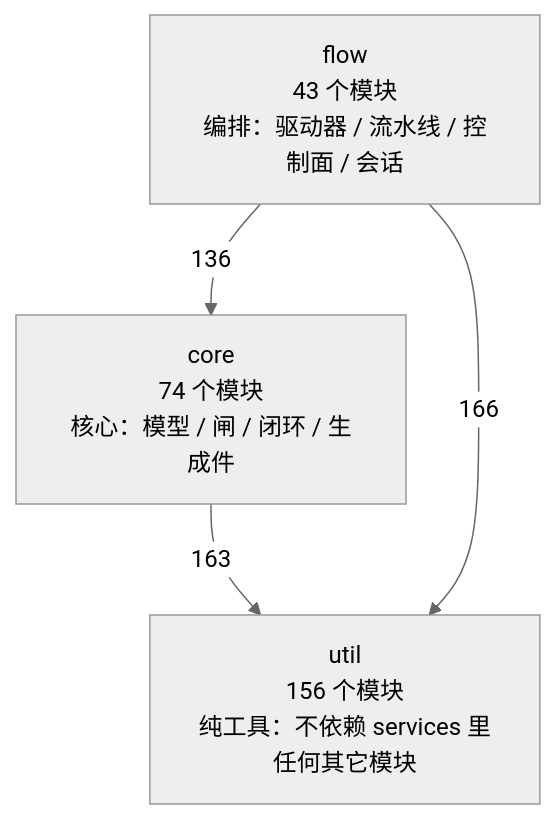
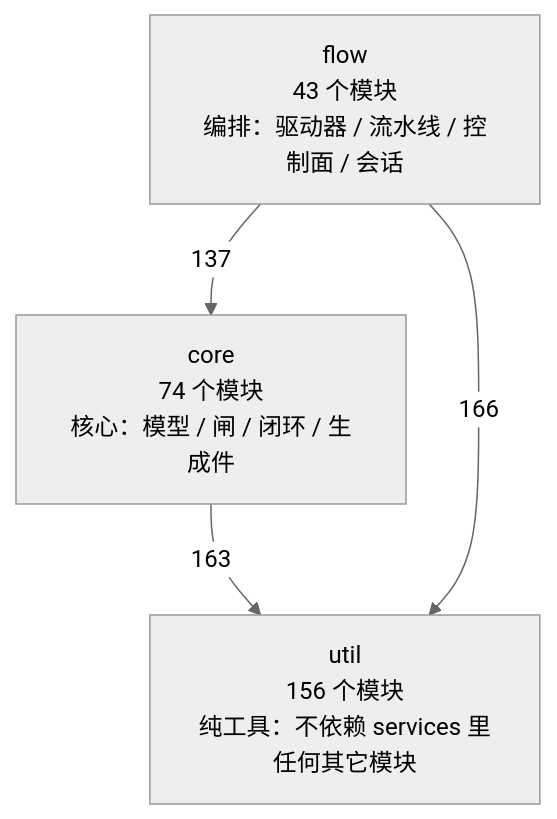
One commit to 2686521696/WhyBuddy changed the first of 4 diagrams in docs/SlideRule V6.2 架构图（自动生成）.md. Above: the diagram before and after it, drawn with Mermaid (neutral theme). The commit also changed other lines of this file and 3 other files, not shown here.

````diff
--- a/docs/SlideRule V6.2 架构图（自动生成）.md
+++ b/docs/SlideRule V6.2 架构图（自动生成）.md
@@ -50,9 +50,9 @@
 ```mermaid
 flowchart TB
   util["util<br/>156 个模块<br/>纯工具：不依赖 services 里任何其它模块"]
   core["core<br/>74 个模块<br/>核心：模型 / 闸 / 闭环 / 生成件"]
   flow["flow<br/>43 个模块<br/>编排：驱动器 / 流水线 / 控制面 / 会话"]
   core -->|163| util
-  flow -->|136| core
+  flow -->|137| core
   flow -->|166| util
 ```
````
